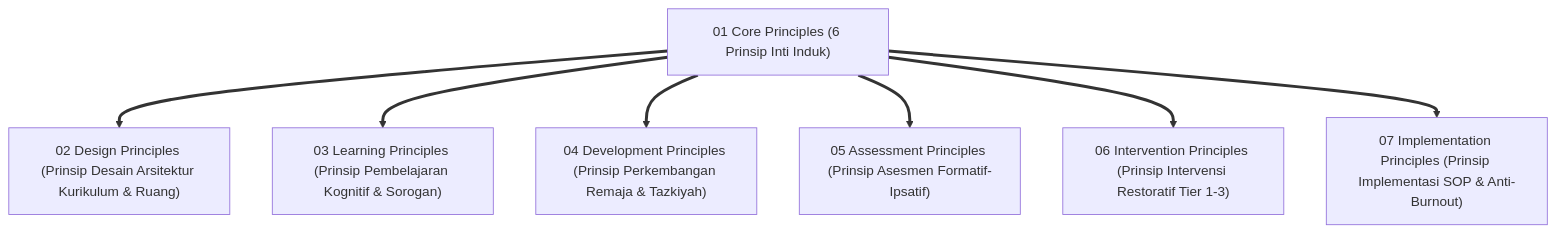
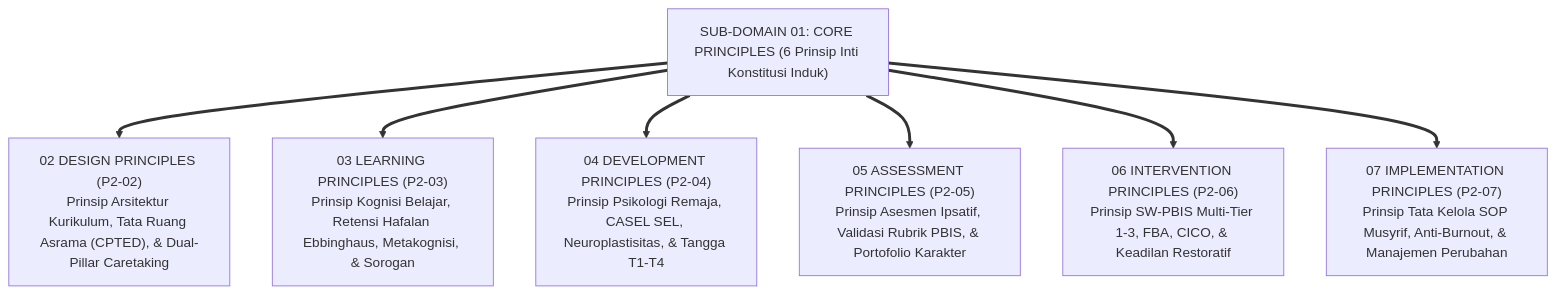
Before and after one commit to wandiapriliyandi/tumbuh: the sixth of 10 diagrams in 02 Principles/01 Core Principles/P2-01-07-Sintesis-Core-Principles-TUMBUH.md, drawn with Mermaid. The commit also changed other lines of this file and 9 other files, not shown here.

Commit message:
feat(principles): standarisasi 100% monograf terpadu Sub-Domain 01 Core Principles dan Piagam Konstitusi Nilai TUMBUH

````diff
--- a/02 Principles/01 Core Principles/P2-01-07-Sintesis-Core-Principles-TUMBUH.md
+++ b/02 Principles/01 Core Principles/P2-01-07-Sintesis-Core-Principles-TUMBUH.md
@@ -54,11 +267,16 @@
 ```mermaid
-graph TD
-    Core["01 Core Principles (6 Prinsip Inti Induk)"]
+flowchart TD
+    Core["SUB-DOMAIN 01: CORE PRINCIPLES (6 Prinsip Inti Konstitusi Induk)"]
     
-    Core ==> SD2["02 Design Principles (Prinsip Desain Arsitektur Kurikulum & Ruang)"]
-    Core ==> SD3["03 Learning Principles (Prinsip Pembelajaran Kognitif & Sorogan)"]
-    Core ==> SD4["04 Development Principles (Prinsip Perkembangan Remaja & Tazkiyah)"]
-    Core ==> SD5["05 Assessment Principles (Prinsip Asesmen Formatif-Ipsatif)"]
-    Core ==> SD6["06 Intervention Principles (Prinsip Intervensi Restoratif Tier 1-3)"]
-    Core ==> SD7["07 Implementation Principles (Prinsip Implementasi SOP & Anti-Burnout)"]
+    Core ==> SD02["02 DESIGN PRINCIPLES (P2-02)<br/>Prinsip Arsitektur Kurikulum, Tata Ruang Asrama (CPTED), & Dual-Pillar Caretaking"]
+    
+    Core ==> SD03["03 LEARNING PRINCIPLES (P2-03)<br/>Prinsip Kognisi Belajar, Retensi Hafalan Ebbinghaus, Metakognisi, & Sorogan"]
+    
+    Core ==> SD04["04 DEVELOPMENT PRINCIPLES (P2-04)<br/>Prinsip Psikologi Remaja, CASEL SEL, Neuroplastisitas, & Tangga T1-T4"]
+    
+    Core ==> SD05["05 ASSESSMENT PRINCIPLES (P2-05)<br/>Prinsip Asesmen Ipsatif, Validasi Rubrik PBIS, & Portofolio Karakter"]
+    
+    Core ==> SD06["06 INTERVENTION PRINCIPLES (P2-06)<br/>Prinsip SW-PBIS Multi-Tier 1-3, FBA, CICO, & Keadilan Restoratif"]
+    
+    Core ==> SD07["07 IMPLEMENTATION PRINCIPLES (P2-07)<br/>Prinsip Tata Kelola SOP Musyrif, Anti-Burnout, & Manajemen Perubahan"]
 ```
````
